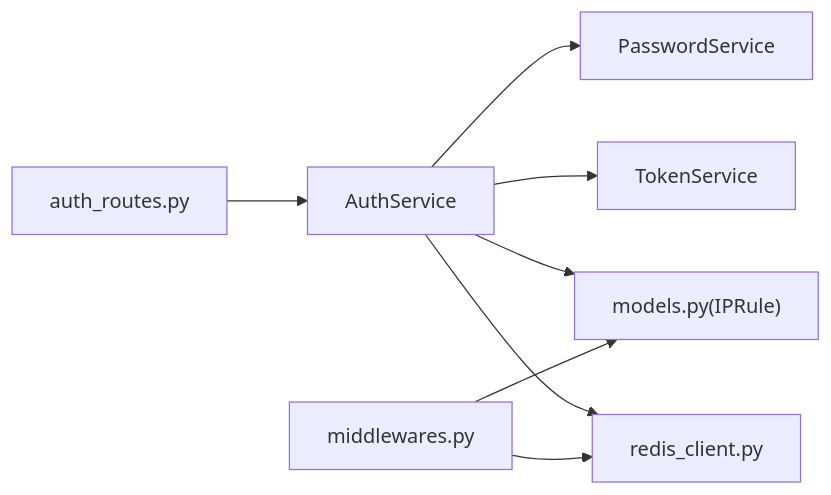
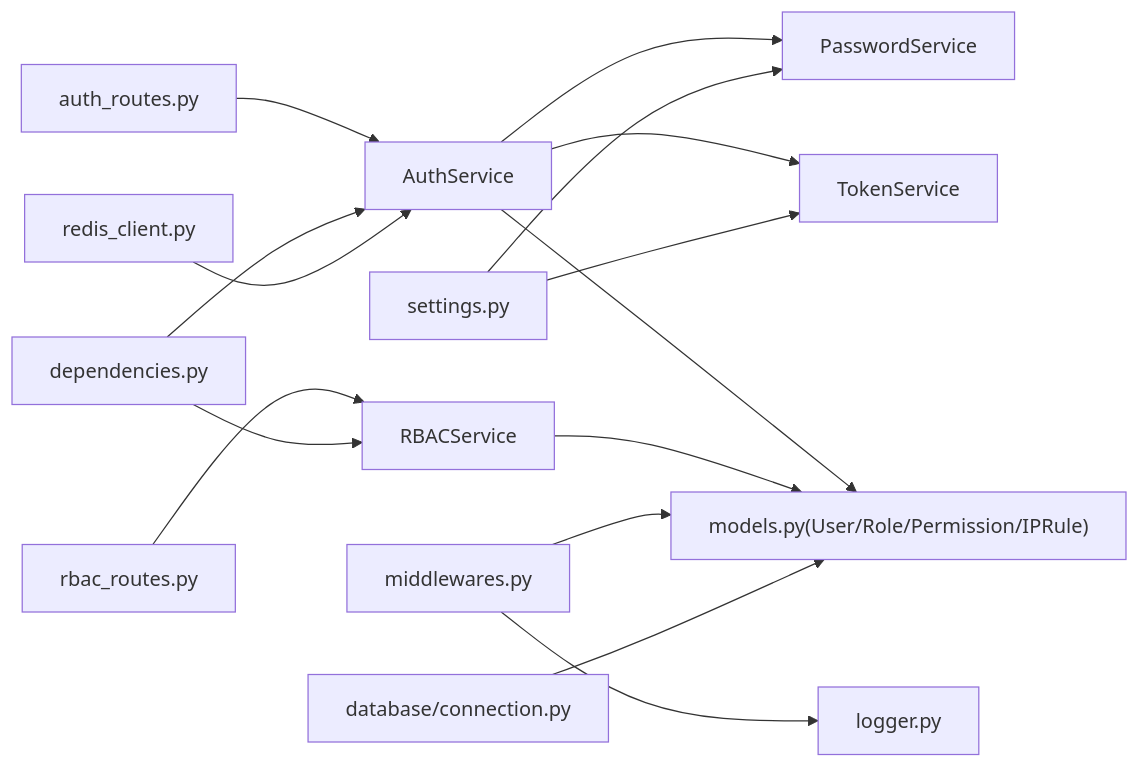
The seventh of 8 diagrams in .qoder/repowiki/zh/content/数据模型设计/安全实体模型.md (taoweidong/Hello-FastApi), drawn with Mermaid before and after one commit. The commit also changed other lines of this file and 11 other files, not shown here.

````diff
--- a/.qoder/repowiki/zh/content/数据模型设计/安全实体模型.md
+++ b/.qoder/repowiki/zh/content/数据模型设计/安全实体模型.md
@@ -266,10 +383,17 @@
 ```mermaid
 graph LR
 AR["auth_routes.py"] --> AS["AuthService"]
+RR["rbac_routes.py"] --> RS["RBACService"]
+DI["dependencies.py"] --> AS
+DI --> RS
 AS --> PS["PasswordService"]
 AS --> TS["TokenService"]
-AS --> DB["models.py(IPRule)"]
-AS --> RC["redis_client.py"]
+AS --> DB["models.py(User/Role/Permission/IPRule)"]
+RS --> DB
 MW["middlewares.py"] --> DB
-MW --> RC
+MW --> LG["logger.py"]
+RC["redis_client.py"] --> AS
+DC["database/connection.py"] --> DB
+ST["settings.py"] --> TS
+ST --> PS
 ```
````
